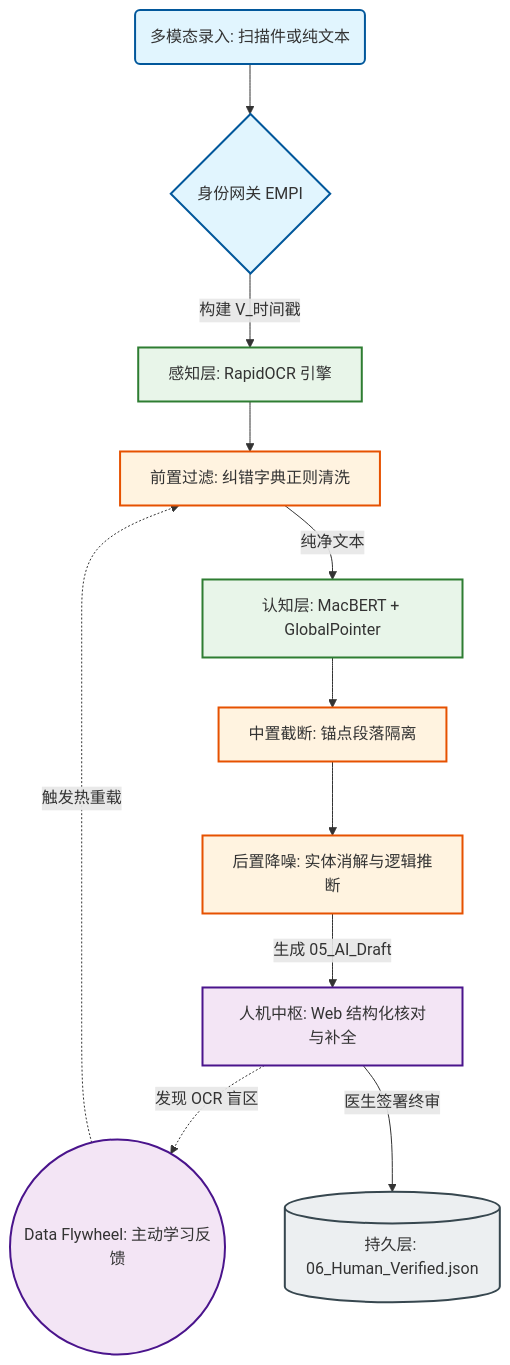
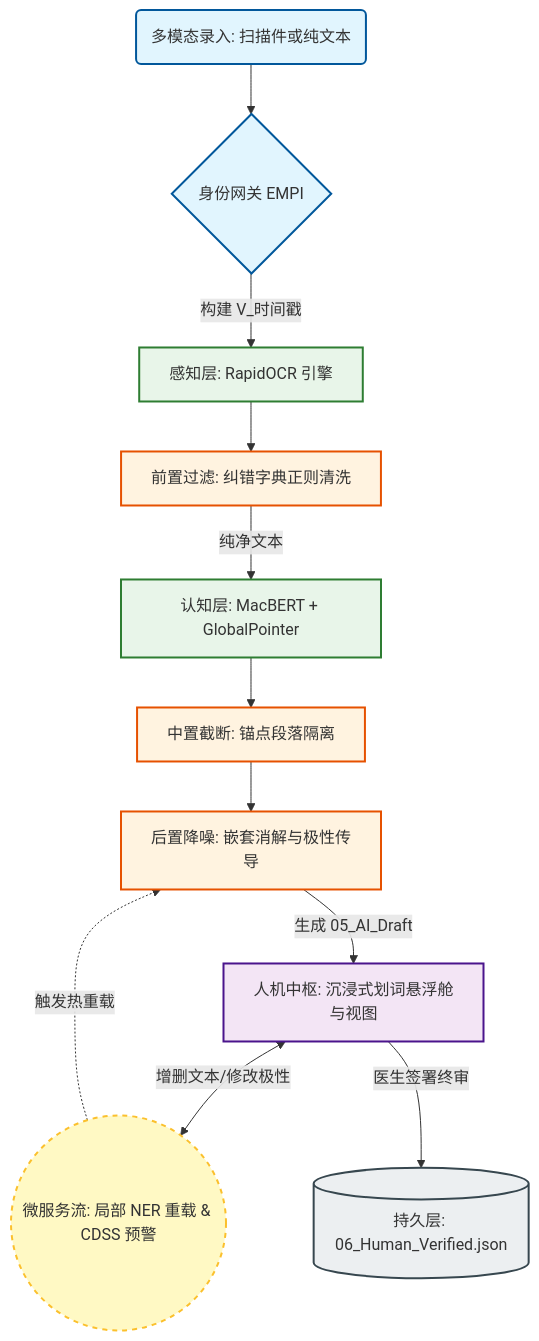
One commit to SandHit254/Medical_EMR_Analysis_System changed the diagram in readme.md. Above: the diagram before and after it, drawn with Mermaid. The commit also changed other lines of this file and 1 other file, not shown here.

````diff
--- a/readme.md
+++ b/readme.md
@@ -50,42 +58,44 @@
 ```mermaid
 graph TD
     %% 样式定义
     classDef c_input fill:#e1f5fe,stroke:#01579b,stroke-width:2px;
     classDef c_ai fill:#e8f5e9,stroke:#2e7d32,stroke-width:2px;
     classDef c_rule fill:#fff3e0,stroke:#e65100,stroke-width:2px;
     classDef c_human fill:#f3e5f5,stroke:#4a148c,stroke-width:2px;
     classDef c_storage fill:#eceff1,stroke:#37474f,stroke-width:2px;
+    classDef c_micro fill:#fff9c4,stroke:#fbc02d,stroke-width:2px,stroke-dasharray: 5 5;
 
-    %% 节点定义 (纯净字符串，无内联样式干扰)
+    %% 节点定义
     A("多模态录入: 扫描件或纯文本")
     B{"身份网关 EMPI"}
     C["感知层: RapidOCR 引擎"]
     D["前置过滤: 纠错字典正则清洗"]
     E["认知层: MacBERT + GlobalPointer"]
     F["中置截断: 锚点段落隔离"]
-    G["后置降噪: 实体消解与逻辑推断"]
-    H["人机中枢: Web 结构化核对与补全"]
-    I(("Data Flywheel: 主动学习反馈"))
+    G["后置降噪: 嵌套消解与极性传导"]
+    H["人机中枢: 沉浸式划词悬浮舱与视图"]
+    I(("微服务流: 局部 NER 重载 & CDSS 预警"))
     J[("持久层: 06_Human_Verified.json")]
 
     %% 流程连接
     A --> B
     B -->|"构建 V_时间戳"| C
     C --> D
     D -->|"纯净文本"| E
     E --> F
     F --> G
     G -->|"生成 05_AI_Draft"| H
     
-    H -.->|"发现 OCR 盲区"| I
-    I -.->|"触发热重载"| D
+    H <-->|"增删文本/修改极性"| I
+    I -.->|"触发热重载"| G
     
     H -->|"医生签署终审"| J
 
-    %% 底部统一绑定样式 (最安全的语法)
+    %% 底部样式绑定
     class A,B c_input;
     class C,E c_ai;
     class D,F,G c_rule;
-    class H,I c_human;
+    class H c_human;
+    class I c_micro;
     class J c_storage;
 ```
````
